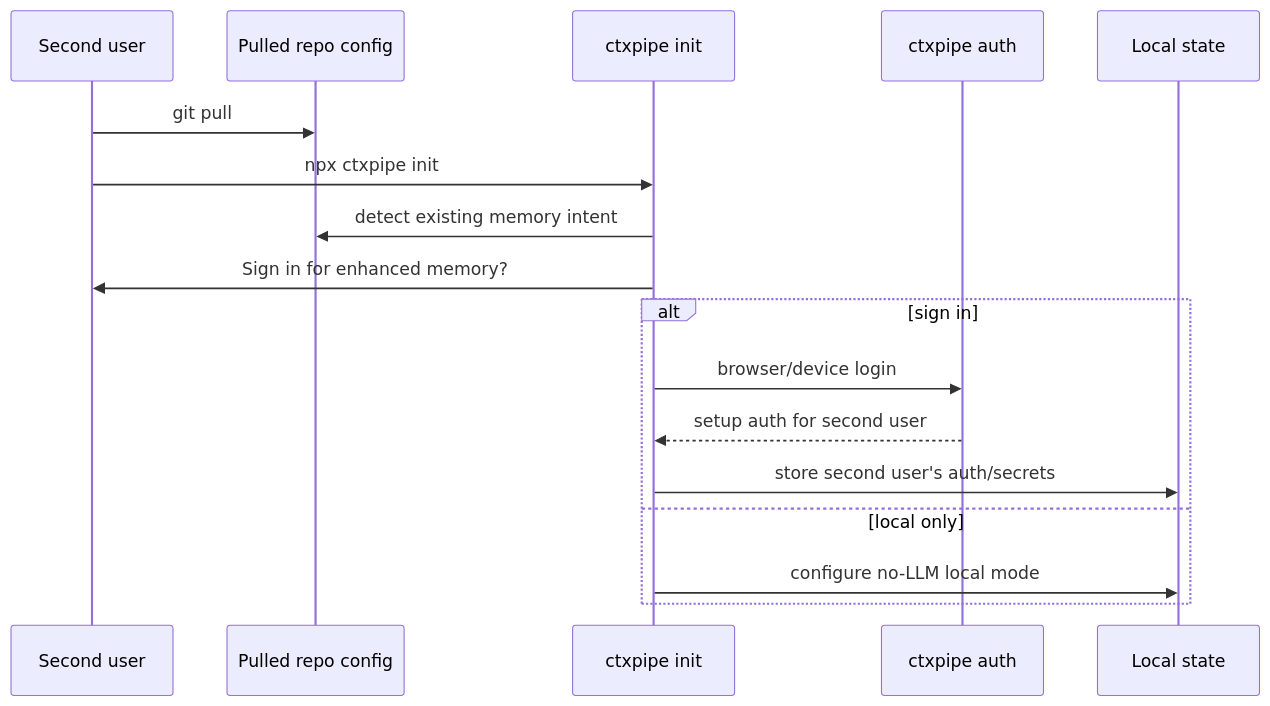
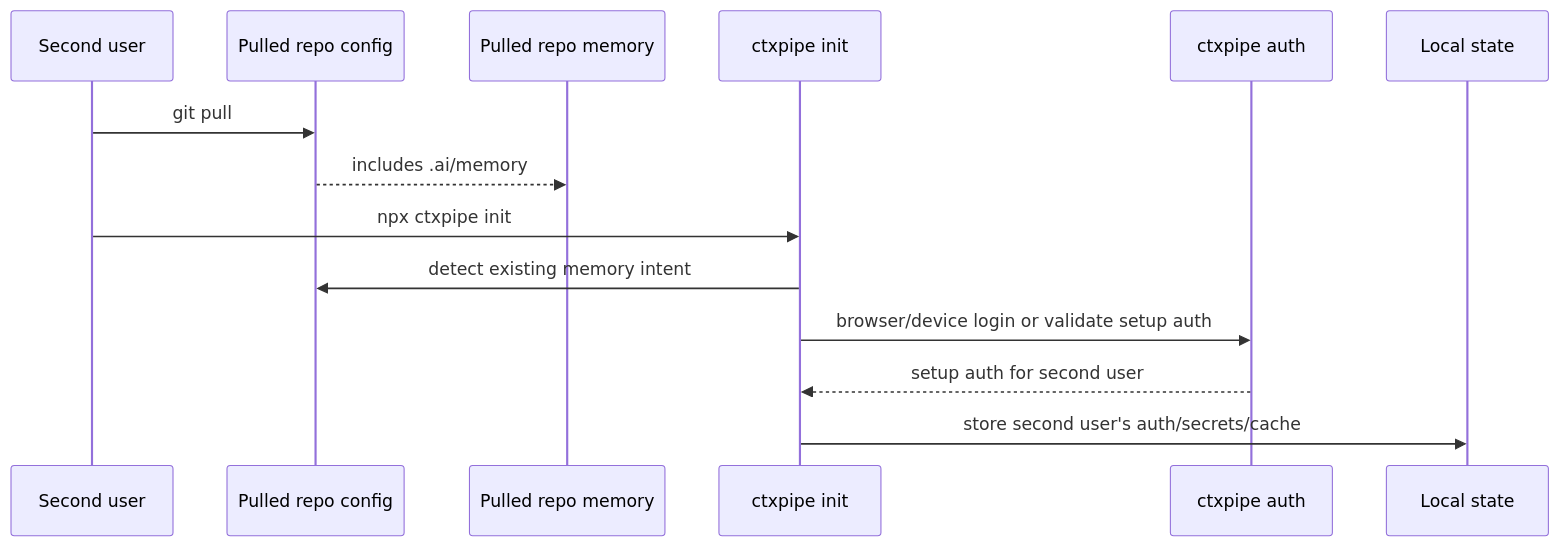
Before and after one commit to ctxpipe-ai/ctxpipe: the fourth of 5 diagrams in .ai/memory/decisions/ADR-021-local-agent-memory-agentmemory-hybrid-mcp-proxy.md, drawn with Mermaid. The commit also changed other lines of this file and 1 other file, not shown here.

````diff
--- a/.ai/memory/decisions/ADR-021-local-agent-memory-agentmemory-hybrid-mcp-proxy.md
+++ b/.ai/memory/decisions/ADR-021-local-agent-memory-agentmemory-hybrid-mcp-proxy.md
@@ -477,20 +676,17 @@
 ```mermaid
 sequenceDiagram
   participant U2 as Second user
   participant Repo as Pulled repo config
+  participant Files as Pulled repo memory
   participant Init as ctxpipe init
   participant Auth as ctxpipe auth
   participant Local as Local state
 
   U2->>Repo: git pull
+  Repo-->>Files: includes .ai/memory
   U2->>Init: npx ctxpipe init
   Init->>Repo: detect existing memory intent
-  Init->>U2: Sign in for enhanced memory?
-  alt sign in
-    Init->>Auth: browser/device login
-    Auth-->>Init: setup auth for second user
-    Init->>Local: store second user's auth/secrets
-  else local only
-    Init->>Local: configure no-LLM local mode
-  end
+  Init->>Auth: browser/device login or validate setup auth
+  Auth-->>Init: setup auth for second user
+  Init->>Local: store second user's auth/secrets/cache
 ```
````
